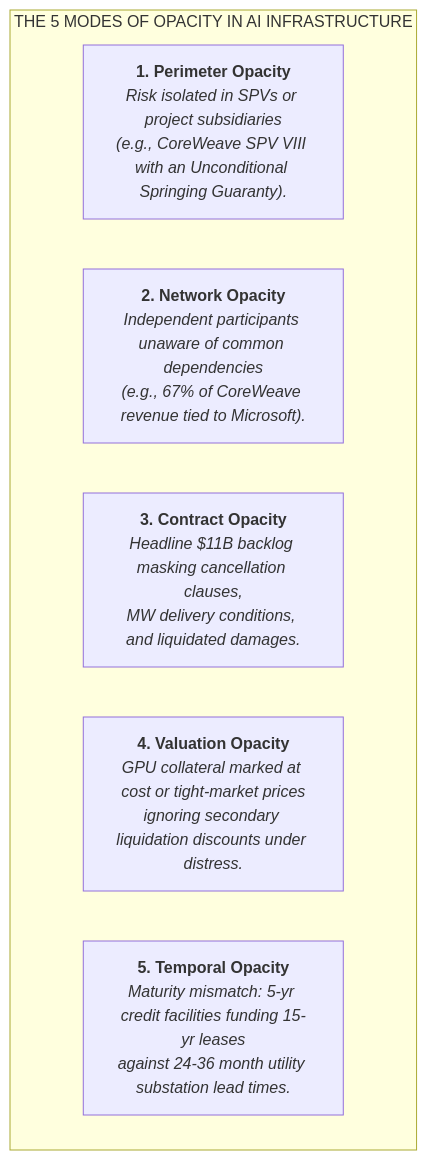
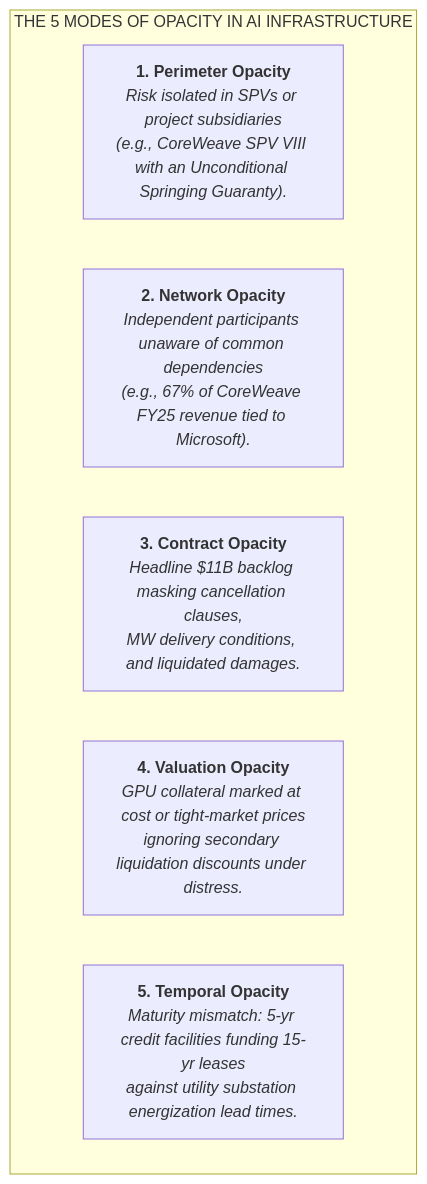
Before and after one commit to admiralorbiter/computational-sketchbook: the first of 2 diagrams in 2026/2026-09-28-ai-infrastructure-network/README.md, drawn with Mermaid. The commit also changed other lines of this file and 23 other files, not shown here.

````diff
--- a/2026/2026-09-28-ai-infrastructure-network/README.md
+++ b/2026/2026-09-28-ai-infrastructure-network/README.md
@@ -31,10 +31,10 @@
 ```mermaid
 flowchart TD
     subgraph OP["THE 5 MODES OF OPACITY IN AI INFRASTRUCTURE"]
         P["<b>1. Perimeter Opacity</b><br/><i>Risk isolated in SPVs or project subsidiaries<br/>(e.g., CoreWeave SPV VIII with an Unconditional Springing Guaranty).</i>"]
-        N["<b>2. Network Opacity</b><br/><i>Independent participants unaware of common dependencies<br/>(e.g., 67% of CoreWeave revenue tied to Microsoft).</i>"]
+        N["<b>2. Network Opacity</b><br/><i>Independent participants unaware of common dependencies<br/>(e.g., 67% of CoreWeave FY25 revenue tied to Microsoft).</i>"]
         C["<b>3. Contract Opacity</b><br/><i>Headline $11B backlog masking cancellation clauses,<br/>MW delivery conditions, and liquidated damages.</i>"]
         V["<b>4. Valuation Opacity</b><br/><i>GPU collateral marked at cost or tight-market prices<br/>ignoring secondary liquidation discounts under distress.</i>"]
-        T["<b>5. Temporal Opacity</b><br/><i>Maturity mismatch: 5-yr credit facilities funding 15-yr leases<br/>against 24-36 month utility substation lead times.</i>"]
+        T["<b>5. Temporal Opacity</b><br/><i>Maturity mismatch: 5-yr credit facilities funding 15-yr leases<br/>against utility substation energization lead times.</i>"]
     end
 ```
````
